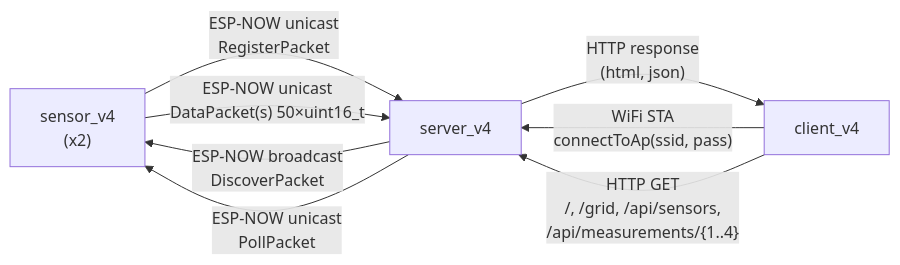
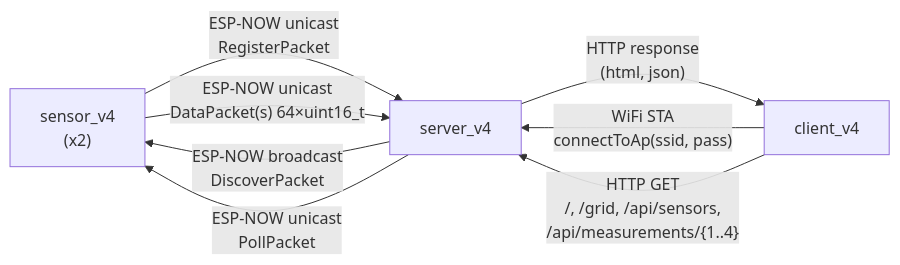
One commit to nepbuur1/godmode_sensorgrid changed the diagram in apps/sensorgrid_v4/doc/mermaid/sensorgrid_v4_object_model.mmd. Above: the diagram before and after it, drawn with Mermaid. The commit also changed 8 other files, not shown here.

```diff
--- a/apps/sensorgrid_v4/doc/mermaid/sensorgrid_v4_object_model.mmd
+++ b/apps/sensorgrid_v4/doc/mermaid/sensorgrid_v4_object_model.mmd
@@ -1,21 +1,21 @@
 graph LR
     sensor_v4["sensor_v4
 (x2)"]
     server_v4["server_v4"]
     client_v4["client_v4"]
 
     server_v4 -- "ESP-NOW broadcast
 DiscoverPacket" --> sensor_v4
     sensor_v4 -- "ESP-NOW unicast
 RegisterPacket" --> server_v4
     server_v4 -- "ESP-NOW unicast
 PollPacket" --> sensor_v4
     sensor_v4 -- "ESP-NOW unicast
-DataPacket(s) 50×uint16_t" --> server_v4
+DataPacket(s) 64×uint16_t" --> server_v4
     client_v4 -- "WiFi STA
 connectToAp(ssid, pass)" --> server_v4
     client_v4 -- "HTTP GET
 /, /grid, /api/sensors,
 /api/measurements/{1..4}" --> server_v4
     server_v4 -- "HTTP response
 (html, json)" --> client_v4
```
